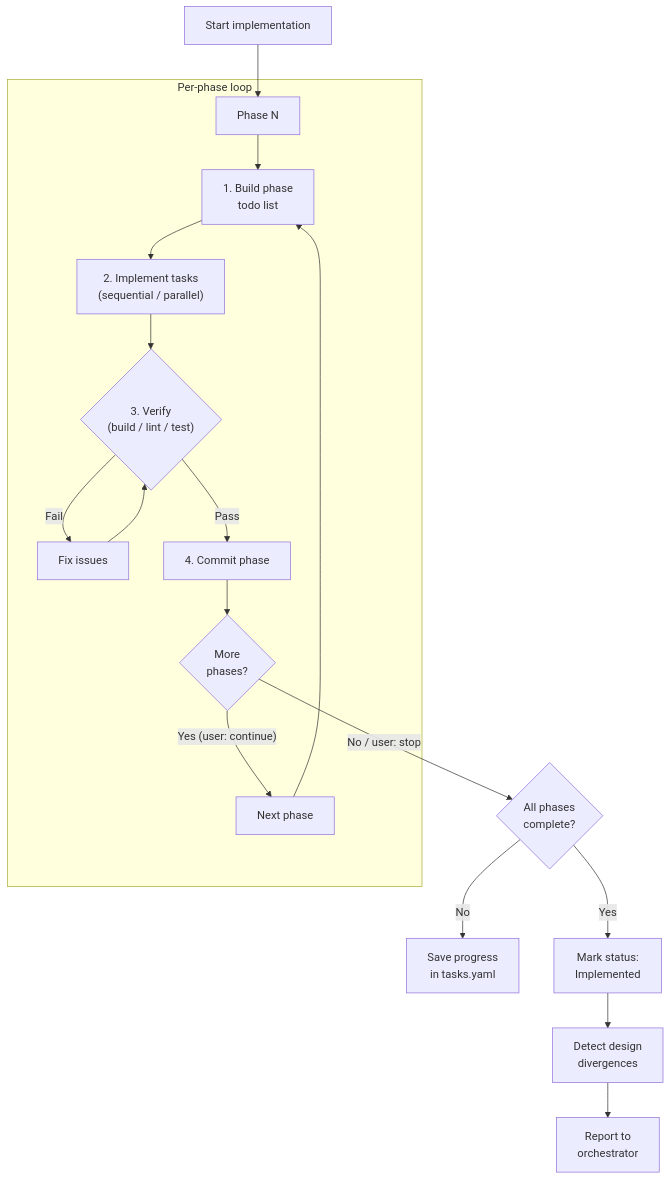
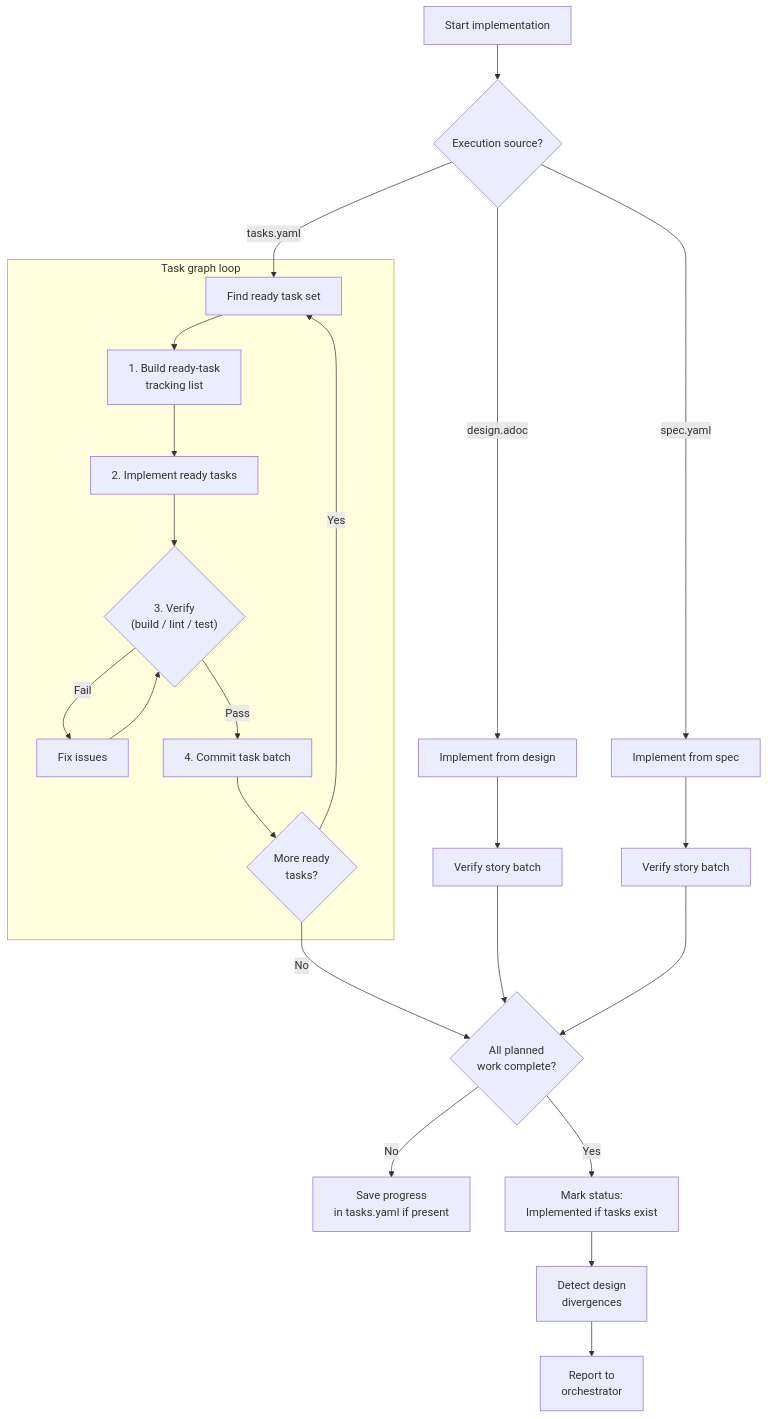
Before and after one commit to provenimpact/proven-capability: the diagram in skills/needs-implementation/SKILL.md, drawn with Mermaid. The commit also changed other lines of this file and 9 other files, not shown here.

Commit message:
fix: align DAG task workflow docs and rendering

````diff
--- a/skills/needs-implementation/SKILL.md
+++ b/skills/needs-implementation/SKILL.md
@@ -86,20 +102,29 @@
 ```mermaid
 flowchart TD
-    START["Start implementation"] --> PHASE["Phase N"]
+    START["Start implementation"] --> INPUT{"Execution source?"}
 
-    subgraph loop ["Per-phase loop"]
-        PHASE --> TODO["1. Build phase<br/>todo list"]
-        TODO --> IMPL["2. Implement tasks<br/>(sequential / parallel)"]
+    INPUT -->|tasks.yaml| READY["Find ready task set"]
+    INPUT -->|design.adoc| DESIGN["Implement from design"]
+    INPUT -->|spec.yaml| SPEC["Implement from spec"]
+
+    subgraph dag ["Task graph loop"]
+        READY --> TODO["1. Build ready-task<br/>tracking list"]
+        TODO --> IMPL["2. Implement ready tasks"]
         IMPL --> VERIFY{"3. Verify<br/>(build / lint / test)"}
         VERIFY -->|Fail| FIX["Fix issues"] --> VERIFY
-        VERIFY -->|Pass| COMMIT["4. Commit phase"]
-        COMMIT --> MORE{"More<br/>phases?"}
-        MORE -->|"Yes (user: continue)"| NEXT["Next phase"] --> TODO
+        VERIFY -->|Pass| COMMIT["4. Commit task batch"]
+        COMMIT --> MORE{"More ready<br/>tasks?"}
+        MORE -->|Yes| READY
     end
 
-    MORE -->|"No / user: stop"| FINAL{"All phases<br/>complete?"}
-    FINAL -->|No| SAVE["Save progress<br/>in tasks.yaml"]
-    FINAL -->|Yes| MARK["Mark status:<br/>Implemented"]
+    DESIGN --> DVERIFY["Verify story batch"]
+    SPEC --> SVERIFY["Verify story batch"]
+
+    MORE -->|No| FINAL{"All planned<br/>work complete?"}
+    DVERIFY --> FINAL
+    SVERIFY --> FINAL
+    FINAL -->|No| SAVE["Save progress<br/>in tasks.yaml if present"]
+    FINAL -->|Yes| MARK["Mark status:<br/>Implemented if tasks exist"]
     MARK --> DIVERGE["Detect design<br/>divergences"]
     DIVERGE --> REPORT["Report to<br/>orchestrator"]
 ```
````
